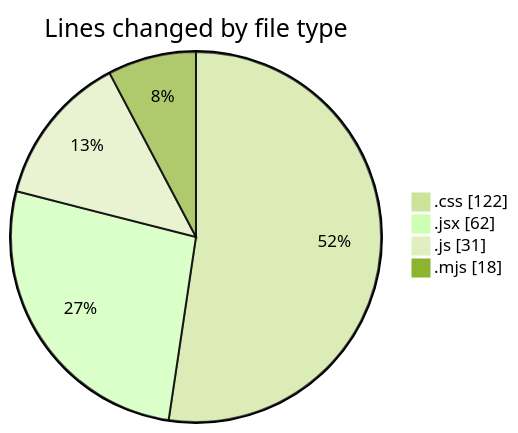
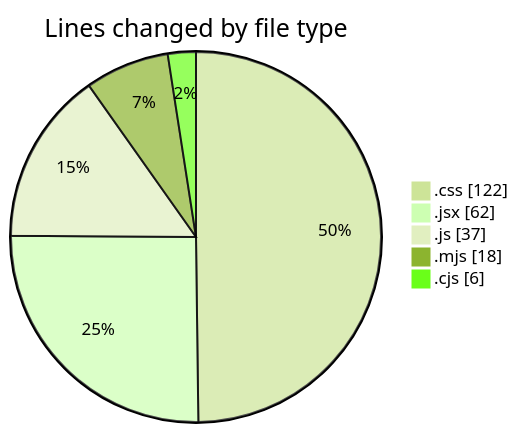
The first of 2 diagrams in 2025-01-31/react/README.md (Elitesun/code-tracking), drawn with Mermaid (forest theme) before and after one commit. The commit also changed other lines of this file and 1 other file, not shown here.

````diff
--- a/2025-01-31/react/README.md
+++ b/2025-01-31/react/README.md
@@ -29,8 +30,9 @@
 ```mermaid
 pie showData
 title Lines changed by file type
 ".css" : 122
 ".jsx" : 62
-".js" : 31
+".js" : 37
 ".mjs" : 18
+".cjs" : 6
 ```
````
